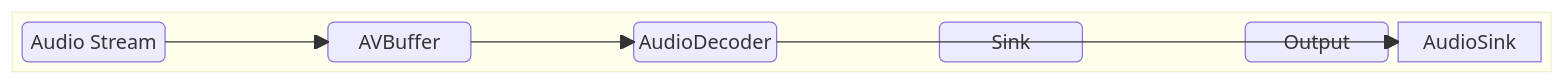
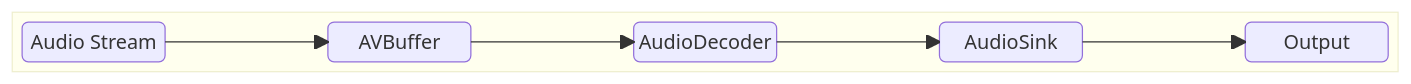
One commit to davidkoo-brcm/rdk-halif-aidl-test-audiosink changed the first of 2 diagrams in docs/pages/audioSink_High-Level_TestSpecification.md. Above: the diagram before and after it, drawn with Mermaid. The commit also changed other lines of this file, not shown here.

````diff
--- a/docs/pages/audioSink_High-Level_TestSpecification.md
+++ b/docs/pages/audioSink_High-Level_TestSpecification.md
@@ -86,10 +86,10 @@
 ```mermaid
 block-beta
     block:1
-        AudioStream("Audio Stream") space AVBuffer("AVBuffer") space AudioDecoder("AudioDecoder") space Sink("Sink") space Output("Output")
+        AudioStream("Audio Stream") space AVBuffer("AVBuffer") space AudioDecoder("AudioDecoder") space AudioSink("AudioSink") space Output("Output")
         AudioStream --> AVBuffer
         AVBuffer --> AudioDecoder
         AudioDecoder --> AudioSink
         AudioSink-->Output
     end
 ```
````
